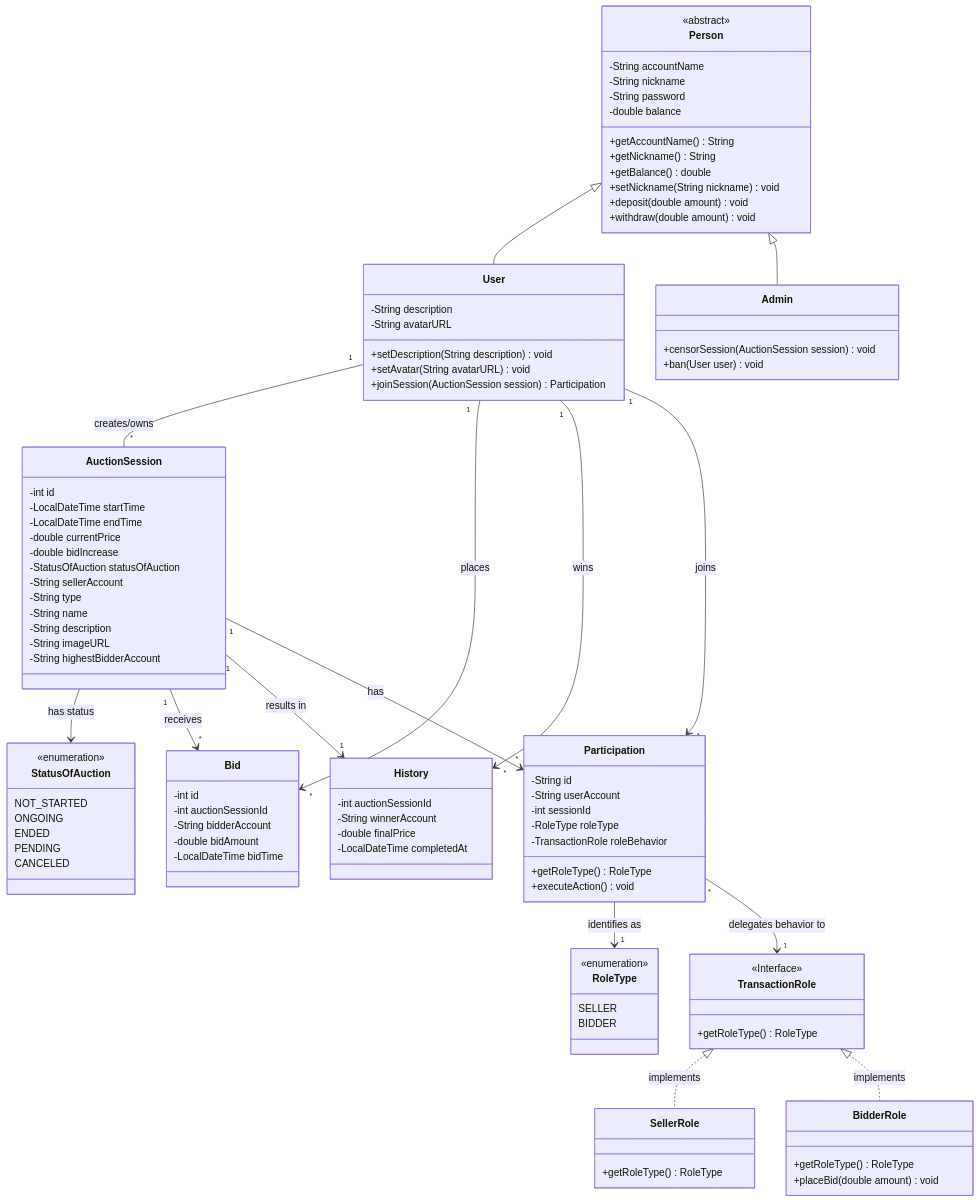
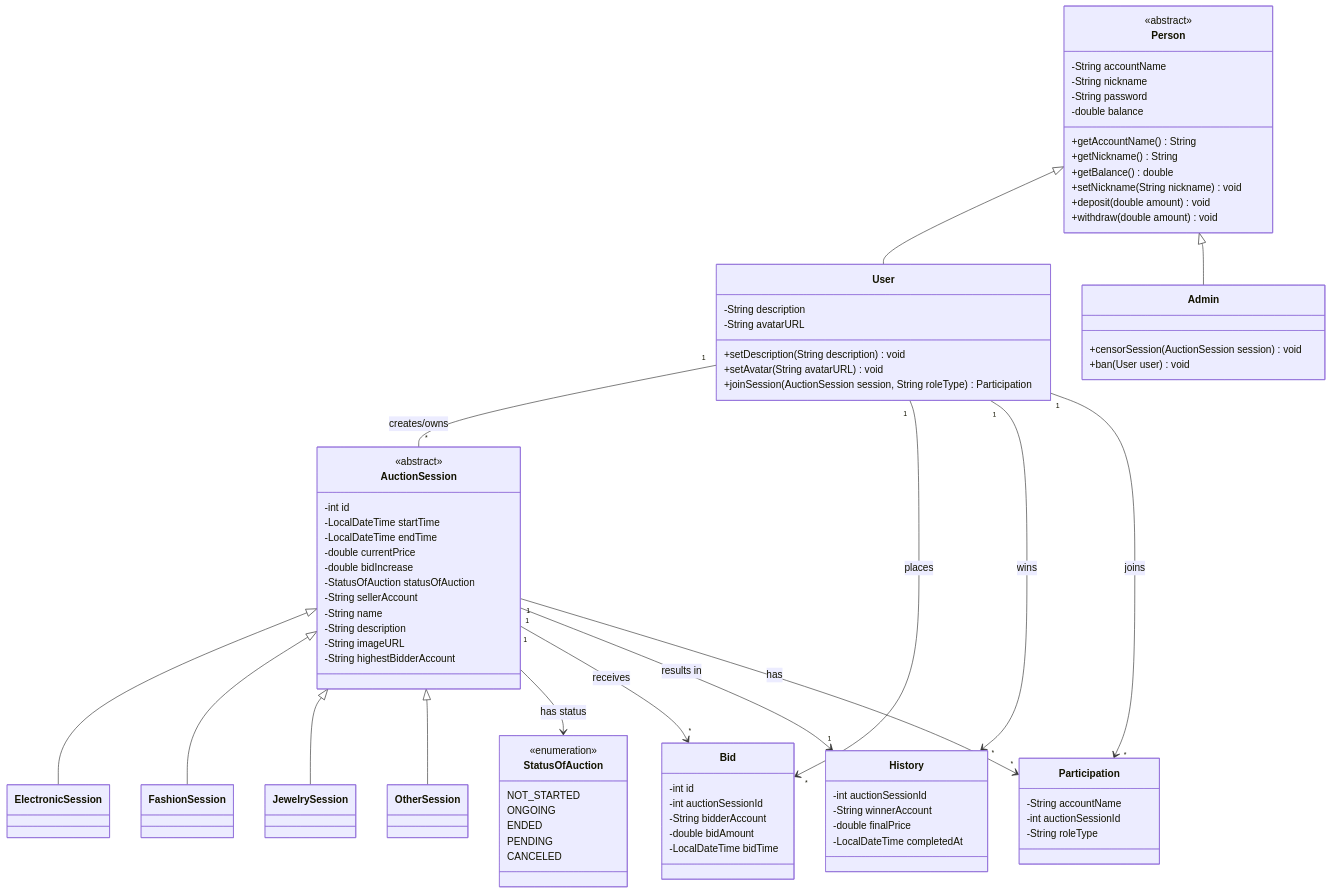
Before and after one commit to phudeptraibodoithe/Bai-tap-lon-nhom-6: the first of 3 diagrams in README.md, drawn with Mermaid. The commit also changed other lines of this file and 56 other files, not shown here.

Commit message:
refactor: tách AuctionSession thành các lớp con, in thông tin ra bằng logback

````diff
--- a/README.md
+++ b/README.md
@@ -36,7 +56,7 @@
         -String avatarURL
         +setDescription(String description) void
         +setAvatar(String avatarURL) void
-        +joinSession(AuctionSession session) Participation
+        +joinSession(AuctionSession session, String roleType) Participation
     }
 
     class Admin {
@@ -47,8 +67,9 @@
     Person <|-- User
     Person <|-- Admin
 
-    %% --- PHẦN ENTITY CỐT LÕI ---
+    %% --- PHẦN ENTITY CỐT LÕI Đ ĐÃ SỬA ---
     class AuctionSession {
+        <<abstract>>
         -int id
         -LocalDateTime startTime
         -LocalDateTime endTime
@@ -56,14 +77,27 @@
         -double bidIncrease
         -StatusOfAuction statusOfAuction
         -String sellerAccount
-        -String type
         -String name
         -String description
         -String imageURL
         -String highestBidderAccount
     }
 
-    %% Kết nối AuctionSession với Enum Status
+    %% Các Class con của AuctionSession (Bạn hãy đổi tên theo đúng ảnh của bạn)
+    class ElectronicSession {
+    }
+    class FashionSession {
+    }
+    class JewelrySession {
+    }
+    class OtherSession {
+    }
+
+    AuctionSession <|-- ElectronicSession
+    AuctionSession <|-- FashionSession
+    AuctionSession <|-- JewelrySession
+    AuctionSession <|-- OtherSession
+
     AuctionSession --> StatusOfAuction : has status
 
     class Bid {
@@ -87,43 +121,14 @@
     User "1" --> "*" History : wins
     AuctionSession "1" --> "1" History : results in
 
-    %% --- PHẦN XỬ LÝ LUỒNG ROLE ĐỘNG ---
+    %% --- PHẦN PARTICIPATION ---
     class Participation {
-        -String id
-        -String userAccount
-        -int sessionId
-        -RoleType roleType
-        -TransactionRole roleBehavior
-        +getRoleType() RoleType
-        +executeAction() void
+        -String accountName
+        -int auctionSessionId
+        -String roleType
     }
 
-    class RoleType {
-        <<enumeration>>
-        SELLER
-        BIDDER
-    }
-
-    class TransactionRole {
-        <<Interface>>
-        +getRoleType() RoleType
-    }
-
-    class SellerRole {
-        +getRoleType() RoleType
-    }
-
-    class BidderRole {
-        +getRoleType() RoleType
-        +placeBid(double amount) void
-    }
-
+    %% Mối quan hệ của Participation
     User "1" --> "*" Participation : joins
     AuctionSession "1" --> "*" Participation : has
-    
-    Participation --> "1" RoleType : identifies as
-    Participation "*" --> "1" TransactionRole : delegates behavior to
-
-    TransactionRole <|.. SellerRole : implements
-    TransactionRole <|.. BidderRole : implements
 ```
````
